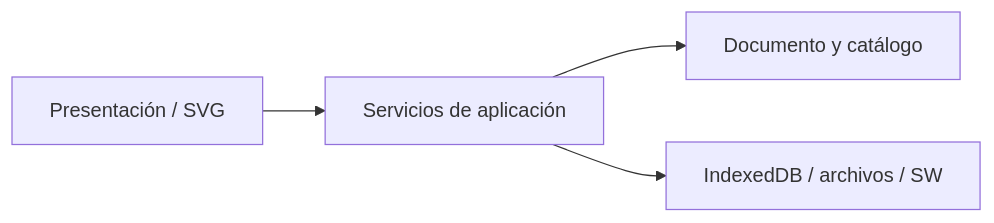
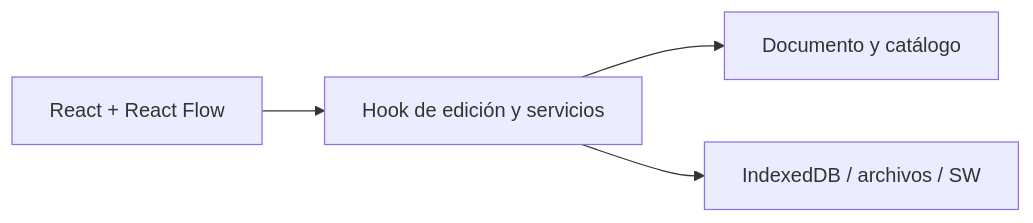
One commit to AnalizaJech/cloud-architect-studio changed the first of 2 diagrams in README.md. Above: the diagram before and after it, drawn with Mermaid. The commit also changed other lines of this file and 81 other files, not shown here.

````diff
--- a/README.md
+++ b/README.md
@@ -94,6 +97,6 @@
 ```mermaid
 flowchart LR
-  UI[Presentación / SVG] --> APP[Servicios de aplicación]
+  UI[React + React Flow] --> APP[Hook de edición y servicios]
   APP --> DOMAIN[Documento y catálogo]
   APP --> PLATFORM[IndexedDB / archivos / SW]
 ```
````
